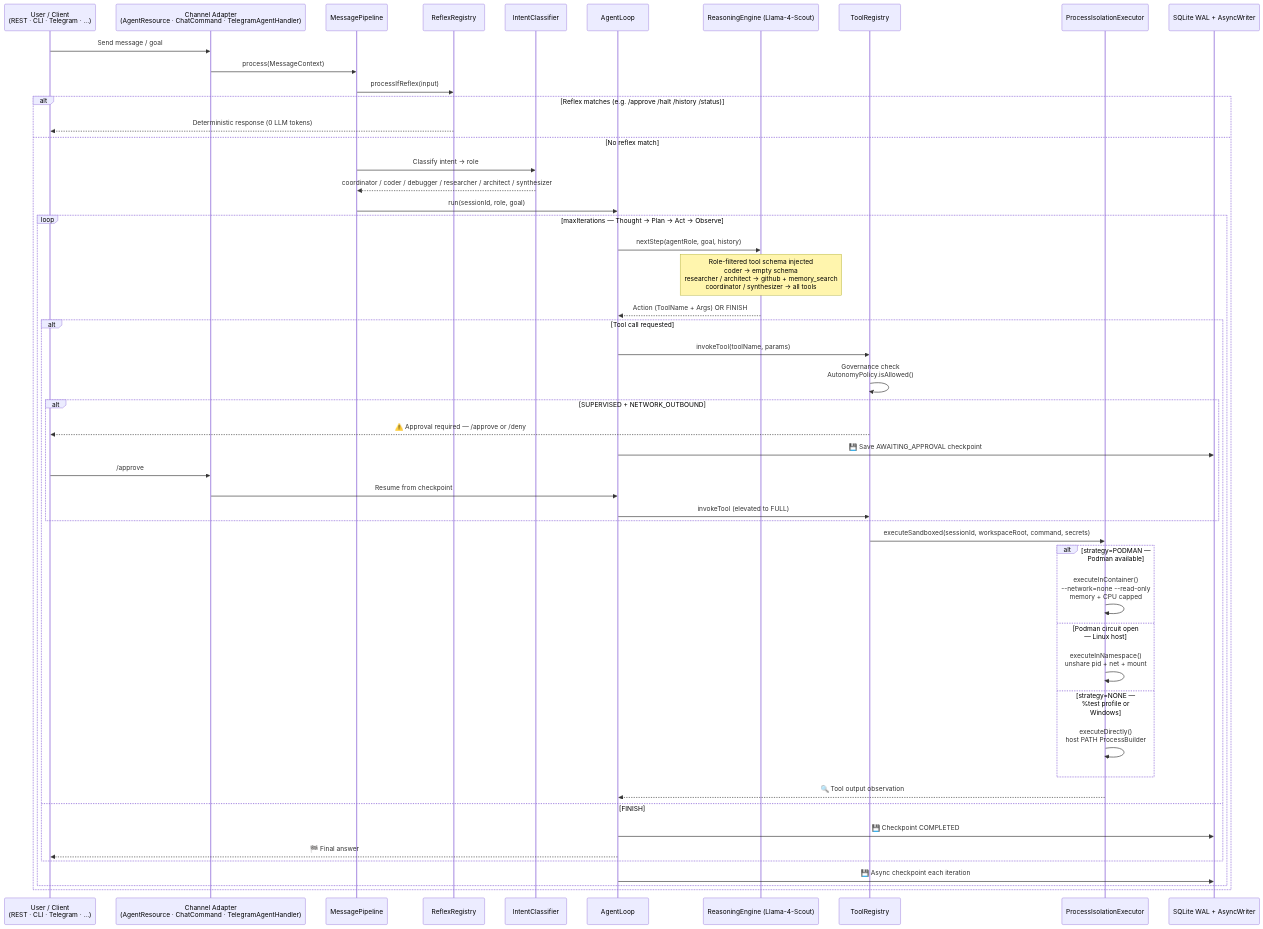
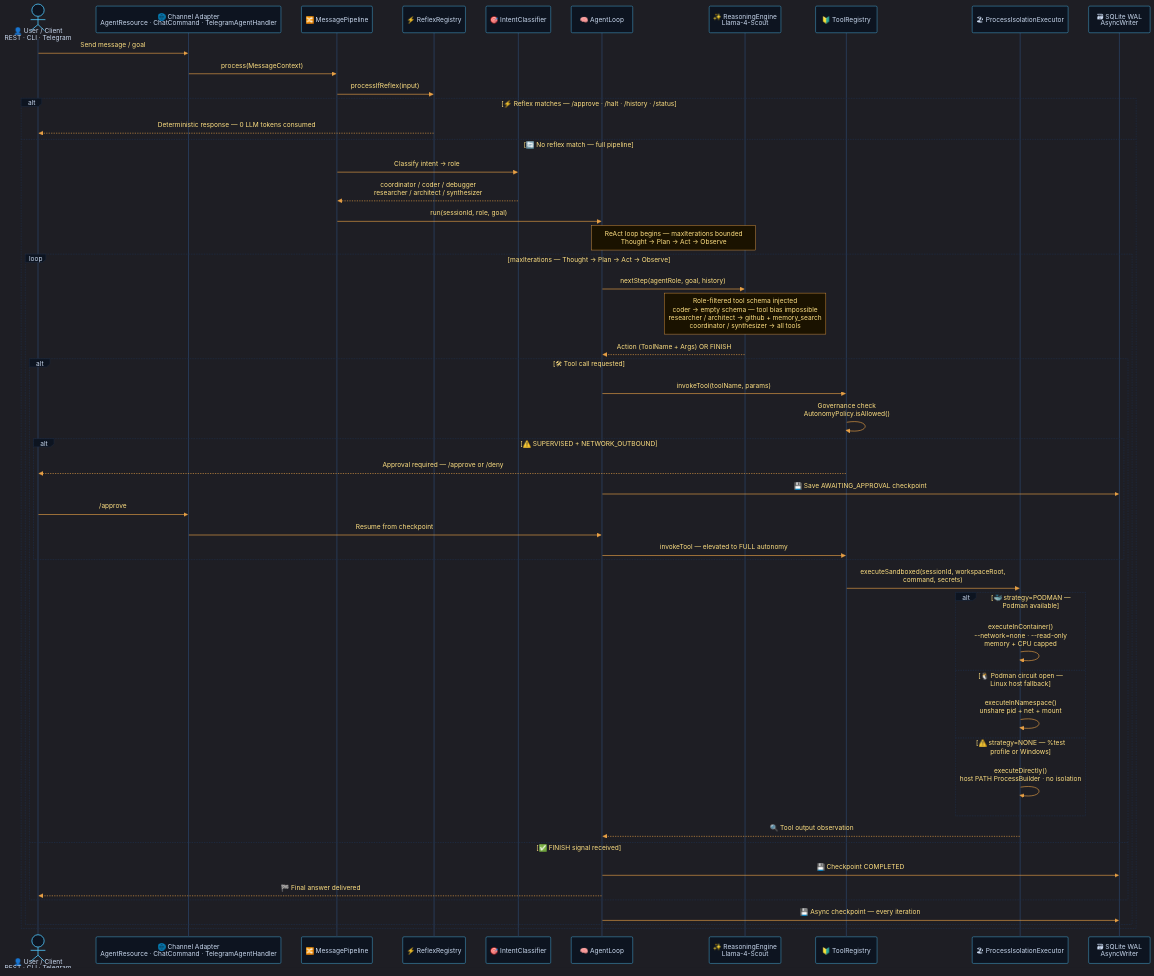
The fourth of 8 diagrams in README.md (rsrini7/AmshaAgent), drawn with Mermaid before and after one commit. The commit also changed other lines of this file, not shown here.

First line of the commit message:
docs: enhance README with detailed Mermaid diagrams and flowcharts

````diff
--- a/README.md
+++ b/README.md
@@ -205,61 +330,65 @@
 ```mermaid
+%%{init: {'theme': 'dark', 'themeVariables': {'primaryColor': '#1e2d45', 'primaryTextColor': '#c9d8ee', 'primaryBorderColor': '#4fc3f7', 'lineColor': '#e8a045', 'activationBorderColor': '#e8a045', 'activationBkgColor': '#1a2a3a', 'actorBkg': '#0d1420', 'actorBorder': '#4fc3f7', 'actorTextColor': '#c9d8ee', 'actorLineColor': '#2a4060', 'signalColor': '#e8a045', 'signalTextColor': '#ffe082', 'labelBoxBkgColor': '#0d1420', 'labelBoxBorderColor': '#1e2d45', 'labelTextColor': '#c9d8ee', 'loopTextColor': '#ffe082', 'noteBkgColor': '#1a1200', 'noteBorderColor': '#e8a045', 'noteTextColor': '#ffe082', 'fontSize': '13px'}}}%%
 sequenceDiagram
-    participant U as User / Client<br/>(REST · CLI · Telegram · ...)
-    participant CH as Channel Adapter<br/>(AgentResource · ChatCommand · TelegramAgentHandler)
-    participant PP as MessagePipeline
-    participant RR as ReflexRegistry
-    participant IC as IntentClassifier
-    participant AL as AgentLoop
-    participant LLM as ReasoningEngine (Llama-4-Scout)
-    participant TR as ToolRegistry
-    participant PIE as ProcessIsolationExecutor
-    participant DB as SQLite WAL + AsyncWriter
+    actor U as 👤 User / Client<br/>REST · CLI · Telegram
+    participant CH as 🌐 Channel Adapter<br/>AgentResource · ChatCommand · TelegramAgentHandler
+    participant PP as 🔀 MessagePipeline
+    participant RR as ⚡ ReflexRegistry
+    participant IC as 🎯 IntentClassifier
+    participant AL as 🧠 AgentLoop
+    participant LLM as ✨ ReasoningEngine<br/>Llama-4-Scout
+    participant TR as 🔰 ToolRegistry
+    participant PIE as 🏖 ProcessIsolationExecutor
+    participant DB as 🗃 SQLite WAL<br/>AsyncWriter
 
     U->>CH: Send message / goal
     CH->>PP: process(MessageContext)
 
     PP->>RR: processIfReflex(input)
-    alt Reflex matches (e.g. /approve /halt /history /status)
-        RR-->>U: Deterministic response (0 LLM tokens)
-    else No reflex match
+
+    alt ⚡ Reflex matches — /approve · /halt · /history · /status
+        RR-->>U: Deterministic response — 0 LLM tokens consumed
+    else 🔄 No reflex match — full pipeline
         PP->>IC: Classify intent → role
-        IC-->>PP: coordinator / coder / debugger / researcher / architect / synthesizer
+        IC-->>PP: coordinator / coder / debugger<br/>researcher / architect / synthesizer
         PP->>AL: run(sessionId, role, goal)
+
+        Note over AL,LLM: ReAct loop begins — maxIterations bounded<br/>Thought → Plan → Act → Observe
 
         loop maxIterations — Thought → Plan → Act → Observe
             AL->>LLM: nextStep(agentRole, goal, history)
-            Note over LLM: Role-filtered tool schema injected<br/>coder → empty schema<br/>researcher / architect → github + memory_search<br/>coordinator / synthesizer → all tools
+            Note over LLM: Role-filtered tool schema injected<br/>coder → empty schema — tool bias impossible<br/>researcher / architect → github + memory_search<br/>coordinator / synthesizer → all tools
             LLM-->>AL: Action (ToolName + Args) OR FINISH
 
-            alt Tool call requested
+            alt 🛠 Tool call requested
                 AL->>TR: invokeTool(toolName, params)
                 TR->>TR: Governance check<br/>AutonomyPolicy.isAllowed()
 
-                alt SUPERVISED + NETWORK_OUTBOUND
-                    TR-->>U: ⚠️ Approval required — /approve or /deny
+                alt ⚠️ SUPERVISED + NETWORK_OUTBOUND
+                    TR-->>U: Approval required — /approve or /deny
                     AL->>DB: 💾 Save AWAITING_APPROVAL checkpoint
                     U->>CH: /approve
                     CH->>AL: Resume from checkpoint
-                    AL->>TR: invokeTool (elevated to FULL)
+                    AL->>TR: invokeTool — elevated to FULL autonomy
                 end
 
-                TR->>PIE: executeSandboxed(sessionId, workspaceRoot, command, secrets)
+                TR->>PIE: executeSandboxed(sessionId, workspaceRoot,<br/>command, secrets)
 
-                alt strategy=PODMAN — Podman available
-                    PIE->>PIE: executeInContainer()<br/>--network=none --read-only<br/>memory + CPU capped
-                else Podman circuit open — Linux host
+                alt 🐳 strategy=PODMAN — Podman available
+                    PIE->>PIE: executeInContainer()<br/>--network=none · --read-only<br/>memory + CPU capped
+                else 🐧 Podman circuit open — Linux host fallback
                     PIE->>PIE: executeInNamespace()<br/>unshare pid + net + mount
-                else strategy=NONE — %test profile or Windows
-                    PIE->>PIE: executeDirectly()<br/>host PATH ProcessBuilder
+                else ⚠️ strategy=NONE — %test profile or Windows
+                    PIE->>PIE: executeDirectly()<br/>host PATH ProcessBuilder · no isolation
                 end
 
                 PIE-->>AL: 🔍 Tool output observation
-            else FINISH
+            else ✅ FINISH signal received
                 AL->>DB: 💾 Checkpoint COMPLETED
-                AL-->>U: 🏁 Final answer
+                AL-->>U: 🏁 Final answer delivered
             end
 
-            AL->>DB: 💾 Async checkpoint each iteration
+            AL->>DB: 💾 Async checkpoint — every iteration
         end
     end
 ```
````
